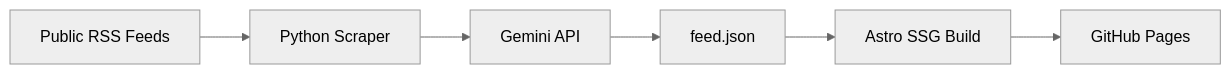
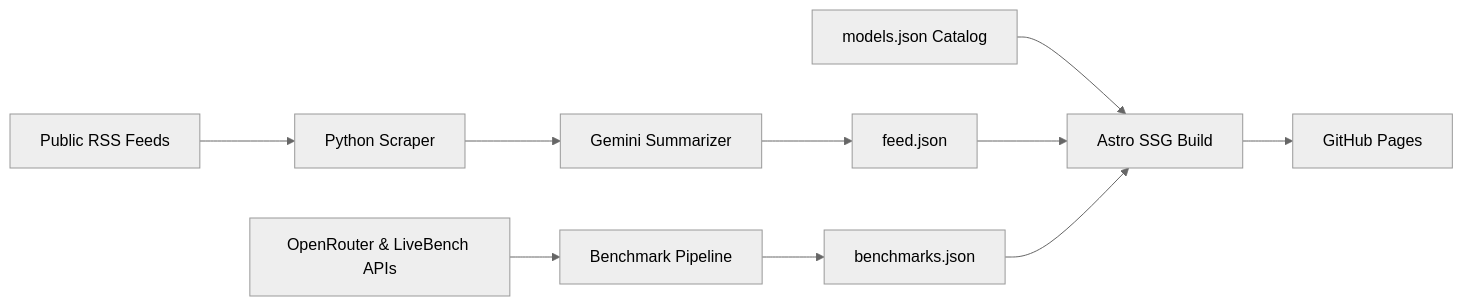
Before and after one commit to swaroophegde07/ai-pulse: the diagram in README.md, drawn with Mermaid (neutral theme). The commit also changed other lines of this file and 25 other files, not shown here.

````diff
--- a/README.md
+++ b/README.md
@@ -52,8 +52,14 @@
 ```mermaid
 flowchart LR
     A[Public RSS Feeds] --> B[Python Scraper]
-    B --> C[Gemini API]
+    B --> C[Gemini Summarizer]
     C --> D[feed.json]
-    D --> E[Astro SSG Build]
-    E --> F[GitHub Pages]
+    
+    G[OpenRouter & LiveBench APIs] --> H[Benchmark Pipeline]
+    H --> I[benchmarks.json]
+    
+    J[models.json Catalog] --> K[Astro SSG Build]
+    D --> K
+    I --> K
+    K --> L[GitHub Pages]
 ```
````
